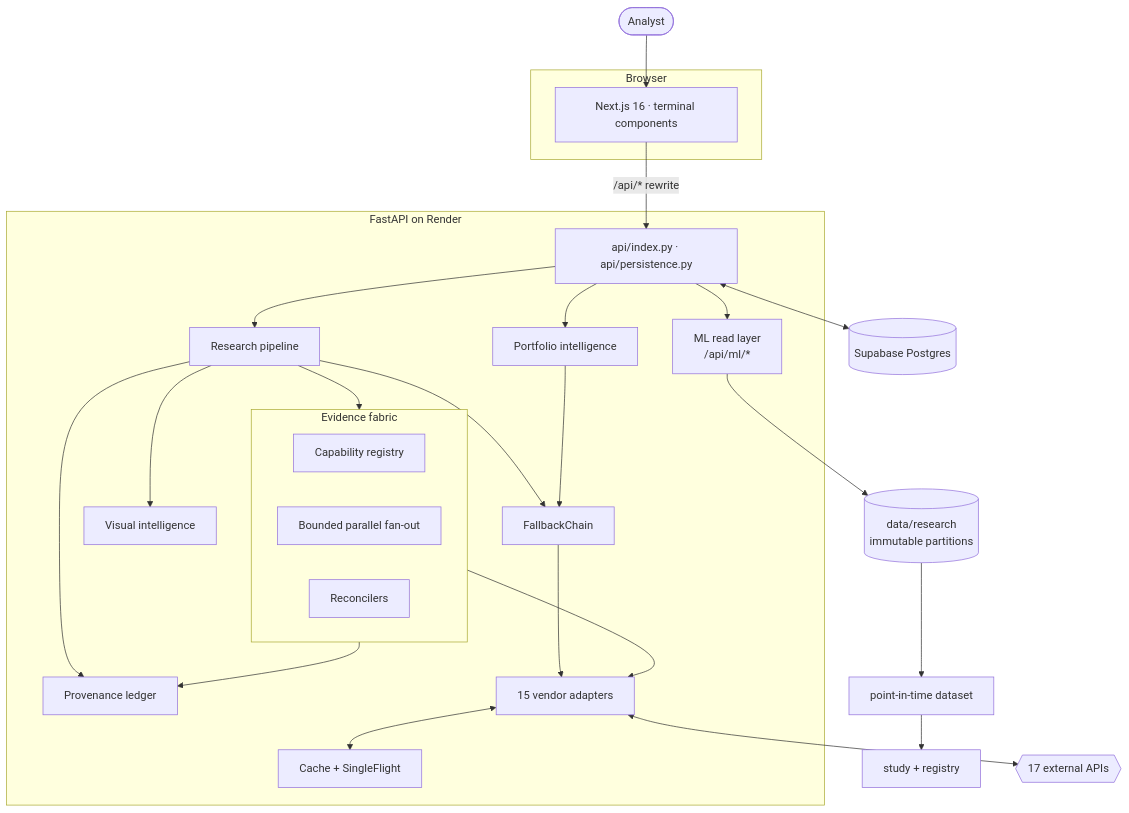
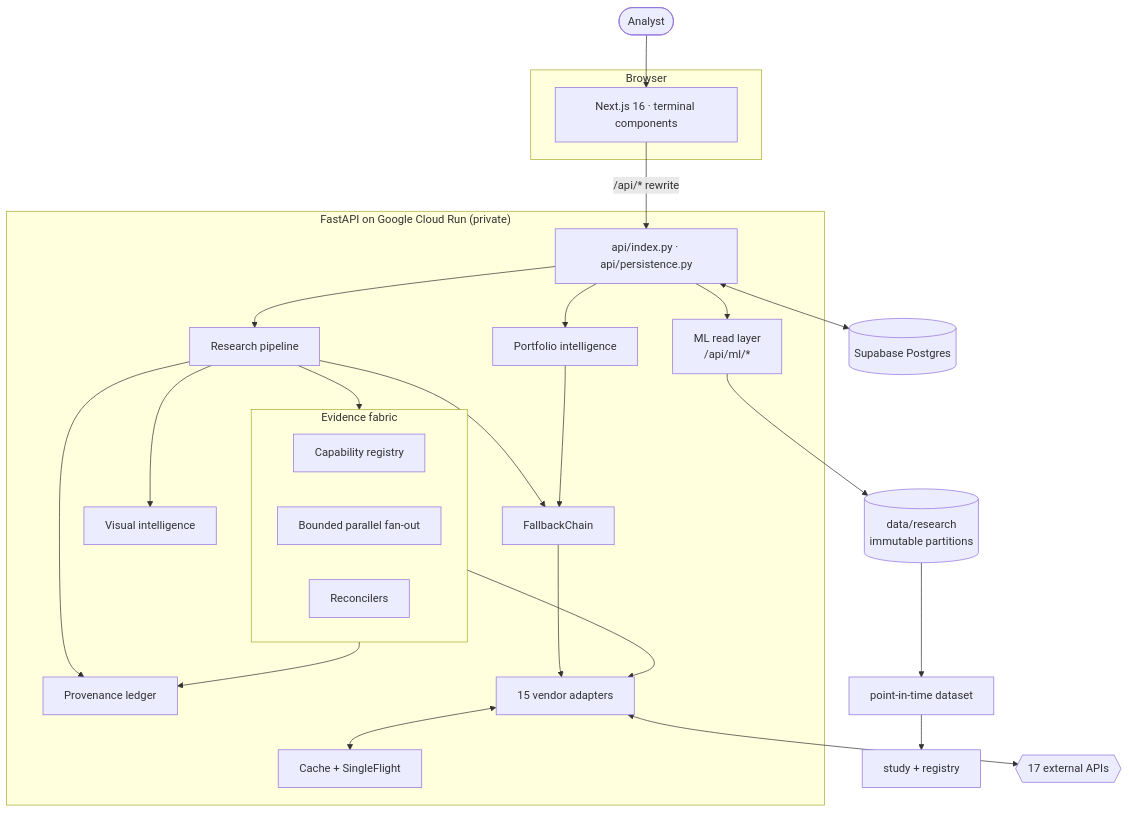
One commit to iAakash1/miniAladdin changed the first of 8 diagrams in README.md. Above: the diagram before and after it, drawn with Mermaid. The commit also changed other lines of this file and 1 other file, not shown here.

First line of the commit message:
Make the deployment claims in the README and Render notes true

````diff
--- a/README.md
+++ b/README.md
@@ -129,46 +131,46 @@
 ```mermaid
 flowchart TB
     U([Analyst])
 
     subgraph BROWSER["Browser"]
         NEXT["Next.js 16 · terminal components"]
     end
 
-    subgraph BACKEND["FastAPI on Render"]
+    subgraph BACKEND["FastAPI on Google Cloud Run (private)"]
         API["api/index.py · api/persistence.py"]
         RESEARCH["Research pipeline"]
         PORT["Portfolio intelligence"]
         VIS["Visual intelligence"]
         PROV["Provenance ledger"]
         ML["ML read layer<br/>/api/ml/*"]
 
         subgraph FABRIC["Evidence fabric"]
             CAPS["Capability registry"]
             FAN["Bounded parallel fan-out"]
             RECON["Reconcilers"]
         end
 
         CHAIN["FallbackChain"]
         ADAPT["15 vendor adapters"]
         CACHE["Cache + SingleFlight"]
     end
 
     RAW[("data/research<br/>immutable partitions")]
     PIT["point-in-time dataset"]
     STUDY["study + registry"]
     SUPA[("Supabase Postgres")]
     EXT{{"17 external APIs"}}
 
     U --> NEXT -->|"/api/* rewrite"| API
     API --> RESEARCH & PORT & ML
     RESEARCH --> FABRIC & CHAIN & VIS & PROV
     PORT --> CHAIN
     FABRIC --> ADAPT
     CHAIN --> ADAPT
     ADAPT <--> CACHE
     ADAPT <--> EXT
     FABRIC --> PROV
     API <--> SUPA
     ML --> RAW
     RAW --> PIT --> STUDY
 ```
````
